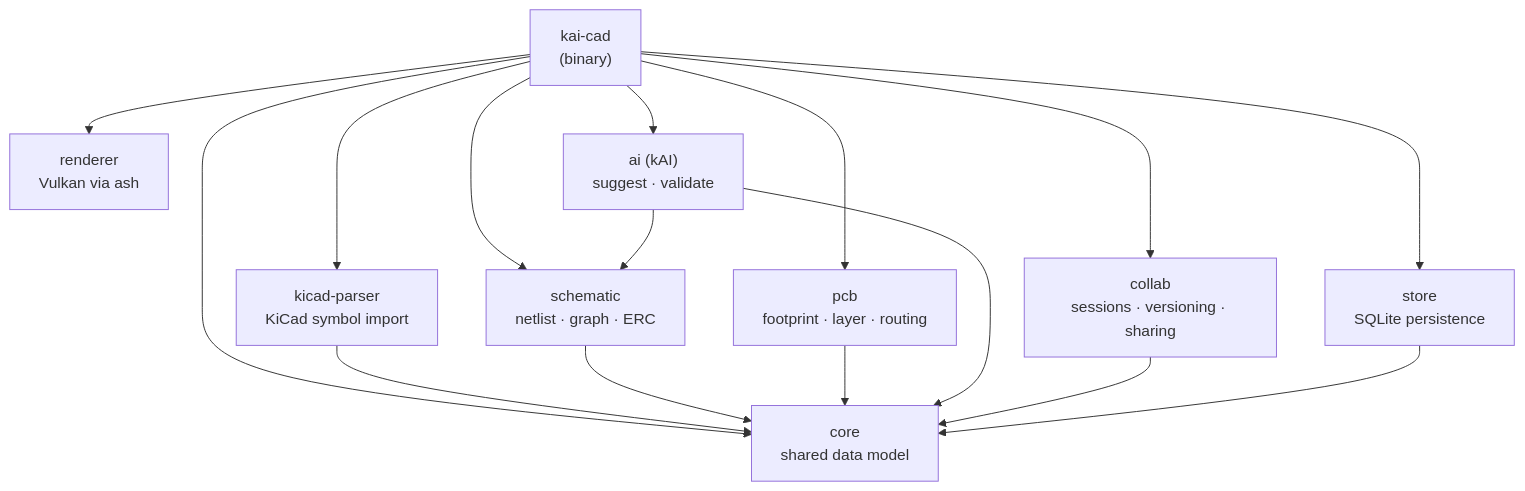
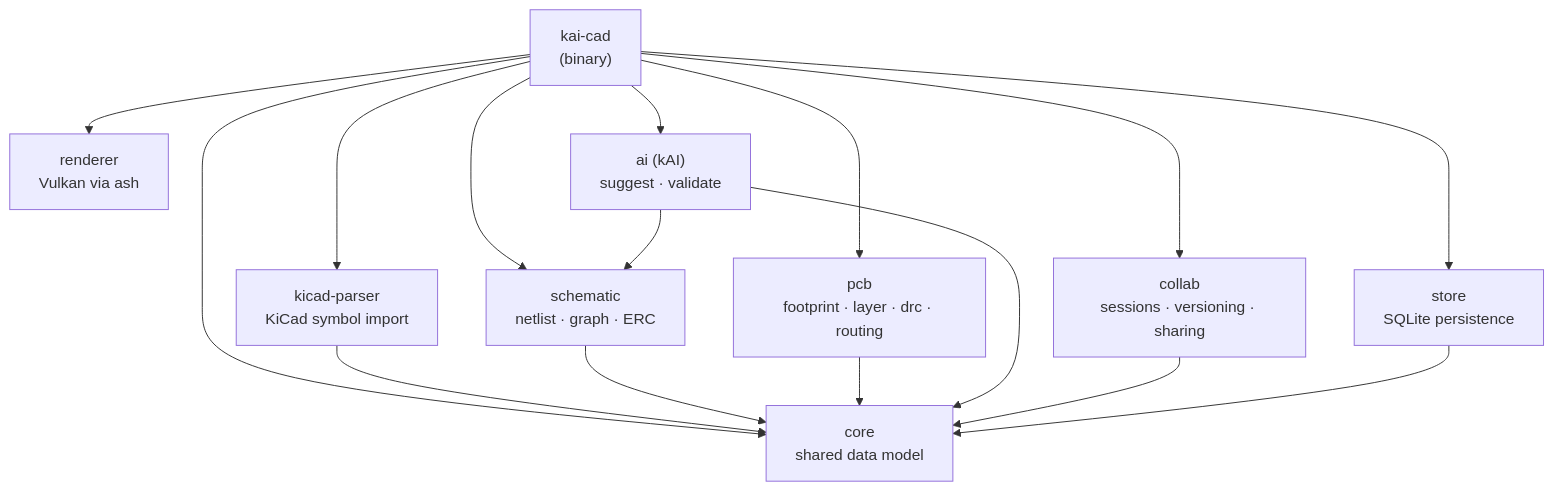
The first of 3 diagrams in docs/ARCHITECTURE.md (sneakylizard123-4/KaiCad), drawn with Mermaid before and after one commit. The commit also changed other lines of this file and 13 other files, not shown here.

````diff
--- a/docs/ARCHITECTURE.md
+++ b/docs/ARCHITECTURE.md
@@ -19,29 +20,29 @@
 ```mermaid
 graph TD
     app["kai-cad<br/>(binary)"]
     core["core<br/>shared data model"]
     schematic["schematic<br/>netlist · graph · ERC"]
-    pcb["pcb<br/>footprint · layer · routing"]
+    pcb["pcb<br/>footprint · layer · drc · routing"]
     renderer["renderer<br/>Vulkan via ash"]
     ai["ai (kAI)<br/>suggest · validate"]
     collab["collab<br/>sessions · versioning · sharing"]
     store["store<br/>SQLite persistence"]
     kicad_parser["kicad-parser<br/>KiCad symbol import"]
 
     app --> core
     app --> schematic
     app --> pcb
     app --> renderer
     app --> ai
     app --> collab
     app --> store
     app --> kicad_parser
 
     kicad_parser --> core
     schematic --> core
     pcb --> core
     ai --> core
     ai --> schematic
     collab --> core
     store --> core
 ```
````
